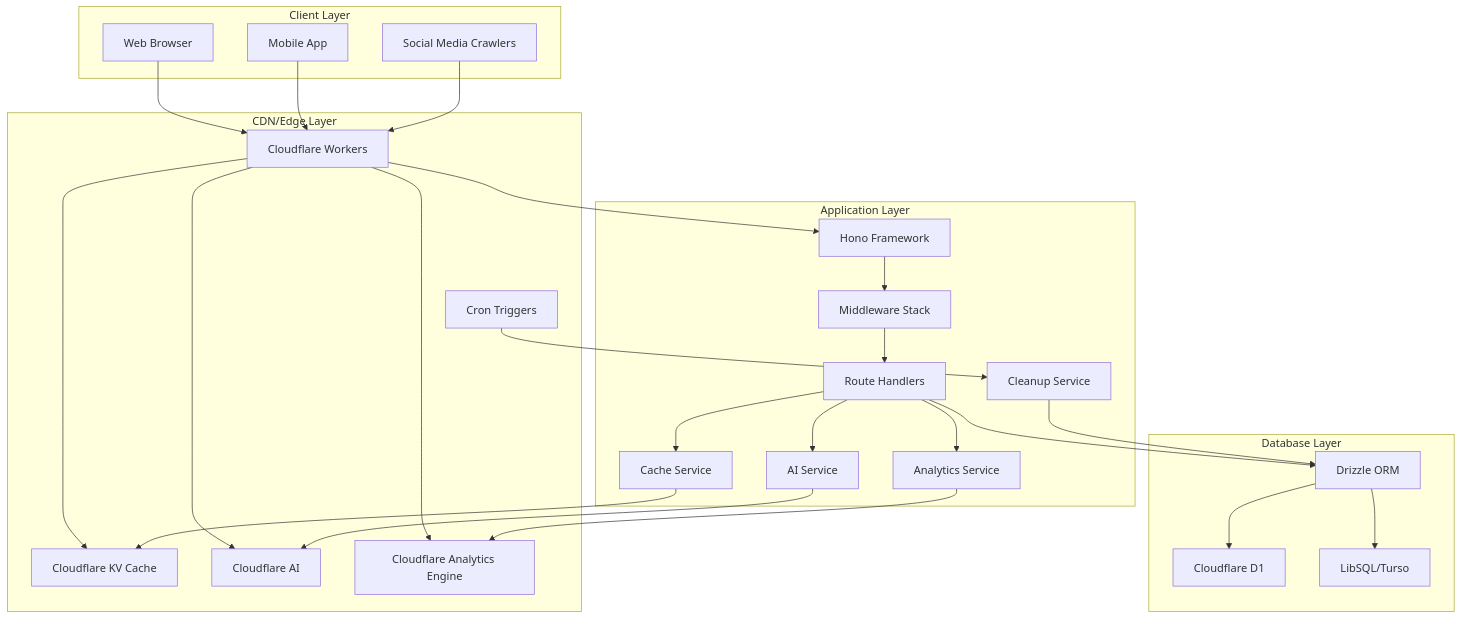
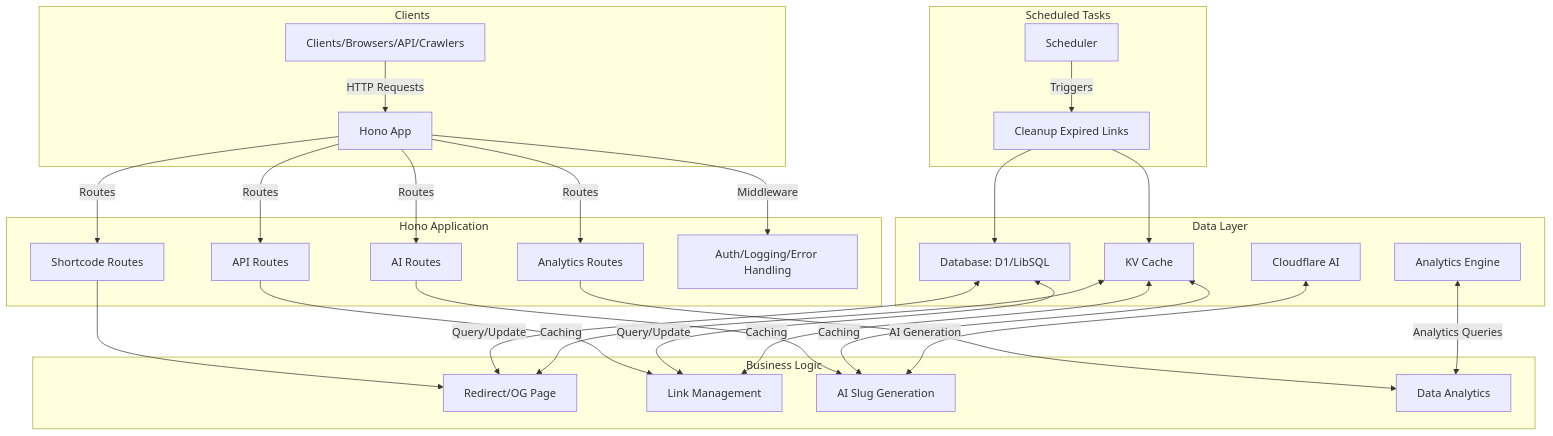
One commit to WuChenDi/shortener changed the diagram in README.md. Above: the diagram before and after it, drawn with Mermaid.

Commit message:
docs(README): update system architecture diagram
- Redesign the Mermaid.js diagram to improve clarity and readability
- Restructure the architecture into more intuitive groupings:
  - Clients
  - Hono Application
  - Business Logic
  - Data Layer
  - Scheduled Tasks
- Simplify and clarify the relationships between components
- Update diagram style to use top-down layout (TD) for better readability

````diff
--- a/README.md
+++ b/README.md
@@ -44,49 +44,37 @@
 ```mermaid
-graph TB
-    subgraph Client Layer
-        A[Web Browser]
-        B[Mobile App]
-        C[Social Media Crawlers]
+graph TD
+    subgraph "Clients"
+        A[Clients/Browsers/API/Crawlers] -->|HTTP Requests| B[Hono App]
     end
-    subgraph CDN/Edge Layer
-        D[Cloudflare Workers]
-        E[Cloudflare KV Cache]
-        F[Cron Triggers]
-        G[Cloudflare AI]
-        H[Cloudflare Analytics Engine]
+
+    subgraph "Hono Application"
+        B -->|Routes| E[Shortcode Routes]
+        B -->|Routes| F[API Routes]
+        B -->|Routes| G[AI Routes]
+        B -->|Routes| H[Analytics Routes]
+        B -->|Middleware| I[Auth/Logging/Error Handling]
     end
-    subgraph Application Layer
-        I[Hono Framework]
-        J[Middleware Stack]
-        K[Route Handlers]
-        L[Cache Service]
-        M[Cleanup Service]
-        N[AI Service]
-        O[Analytics Service]
+
+    subgraph "Business Logic"
+        E --> N[Redirect/OG Page]
+        F --> O[Link Management]
+        G --> P[AI Slug Generation]
+        H --> Q[Data Analytics]
     end
-    subgraph Database Layer
-        P[Drizzle ORM]
-        Q[Cloudflare D1]
-        R[LibSQL/Turso]
+
+    subgraph "Data Layer"
+        W[Database: D1/LibSQL] <-->|Query/Update| N
+        W <-->|Query/Update| O
+        Y[KV Cache] <-->|Caching| N
+        Y <-->|Caching| O
+        Y <-->|Caching| P
+        AA[Cloudflare AI] <-->|AI Generation| P
+        AB[Analytics Engine] <-->|Analytics Queries| Q
     end
-    A --> D
-    B --> D
-    C --> D
-    D --> E
-    D --> G
-    D --> H
-    D --> I
-    F --> M
-    I --> J
-    J --> K
-    K --> L
-    K --> N
-    K --> O
-    L --> E
-    N --> G
-    O --> H
-    K --> P
-    M --> P
-    P --> Q
-    P --> R
+
+    subgraph "Scheduled Tasks"
+        AC[Scheduler] -->|Triggers| AD[Cleanup Expired Links]
+        AD --> W
+        AD --> Y
+    end
 ```
````
